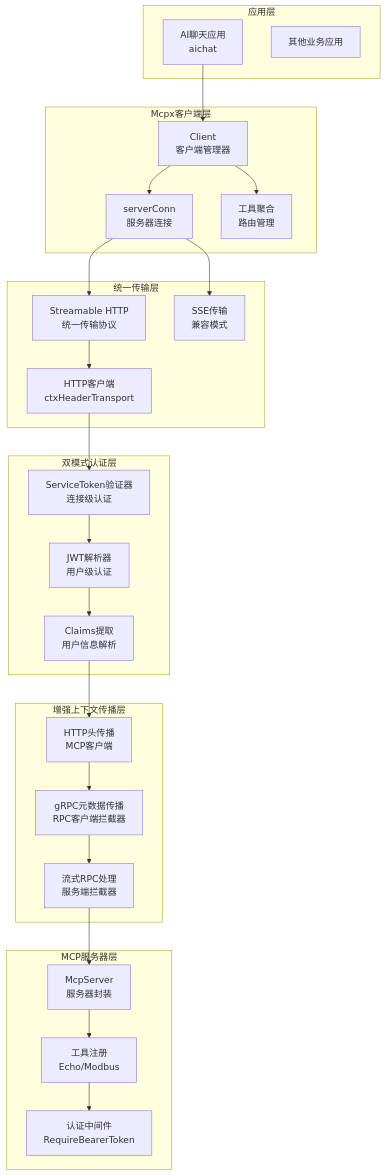
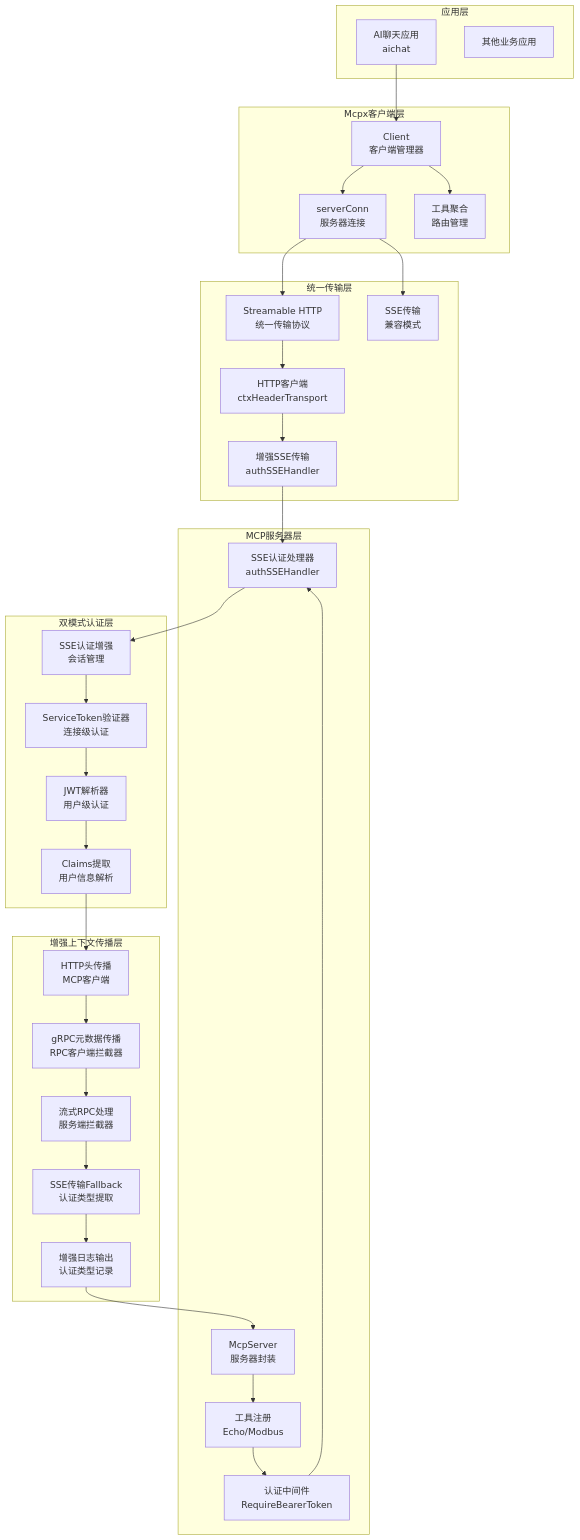
Before and after one commit to maomao94/zero-service: the second of 19 diagrams in .qoder/repowiki/zh/content/核心服务详解/Mcpx客户端包.md, drawn with Mermaid. The commit also changed other lines of this file and 11 other files, not shown here.

````diff
--- a/.qoder/repowiki/zh/content/核心服务详解/Mcpx客户端包.md
+++ b/.qoder/repowiki/zh/content/核心服务详解/Mcpx客户端包.md
@@ -143,47 +152,58 @@
 ```mermaid
 graph TB
 subgraph "应用层"
 A[AI聊天应用<br/>aichat]
 B[其他业务应用]
 end
 subgraph "Mcpx客户端层"
 C[Client<br/>客户端管理器]
 D[serverConn<br/>服务器连接]
 E[工具聚合<br/>路由管理]
 end
 subgraph "统一传输层"
 F[Streamable HTTP<br/>统一传输协议]
 G[SSE传输<br/>兼容模式]
 H[HTTP客户端<br/>ctxHeaderTransport]
+I[增强SSE传输<br/>authSSEHandler]
 end
 subgraph "双模式认证层"
-I[ServiceToken验证器<br/>连接级认证]
-J[JWT解析器<br/>用户级认证]
-K[Claims提取<br/>用户信息解析]
+J[ServiceToken验证器<br/>连接级认证]
+K[JWT解析器<br/>用户级认证]
+L[Claims提取<br/>用户信息解析]
+M[SSE认证增强<br/>会话管理]
 end
 subgraph "增强上下文传播层"
-L[HTTP头传播<br/>MCP客户端]
-M[gRPC元数据传播<br/>RPC客户端拦截器]
-N[流式RPC处理<br/>服务端拦截器]
+N[HTTP头传播<br/>MCP客户端]
+O[gRPC元数据传播<br/>RPC客户端拦截器]
+P[流式RPC处理<br/>服务端拦截器]
+Q[SSE传输Fallback<br/>认证类型提取]
+R[增强日志输出<br/>认证类型记录]
 end
 subgraph "MCP服务器层"
-O[McpServer<br/>服务器封装]
-P[工具注册<br/>Echo/Modbus]
-Q[认证中间件<br/>RequireBearerToken]
+S[McpServer<br/>服务器封装]
+T[工具注册<br/>Echo/Modbus]
+U[认证中间件<br/>RequireBearerToken]
+V[SSE认证处理器<br/>authSSEHandler]
 end
 A --> C
 C --> D
 C --> E
 D --> F
 D --> G
 F --> H
 H --> I
-I --> J
+I --> V
+V --> M
+M --> J
 J --> K
 K --> L
-L --> M
-M --> N
+L --> N
 N --> O
 O --> P
 P --> Q
+Q --> R
+R --> S
+S --> T
+T --> U
+U --> V
 ```
````
